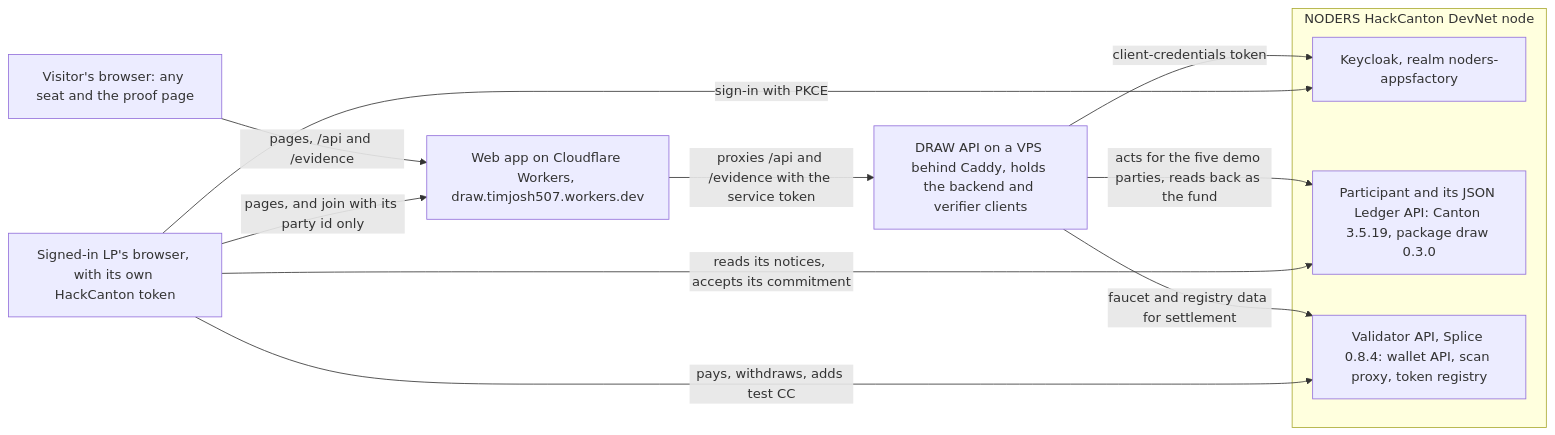
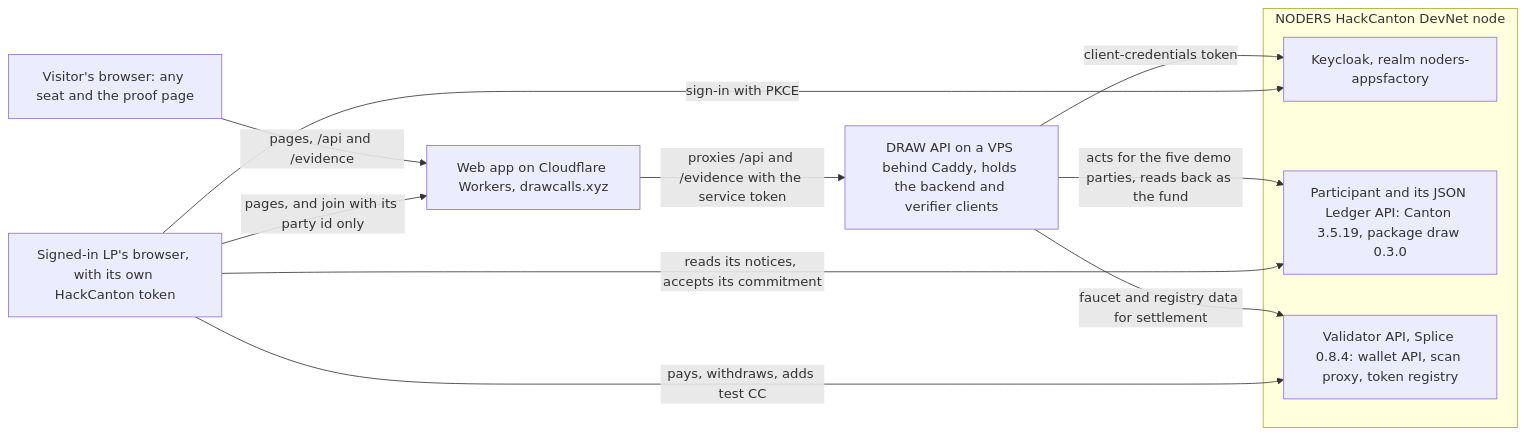
The diagram in docs/ARCHITECTURE.md (winsznx/draw), drawn with Mermaid before and after one commit. The commit also changed other lines of this file and 47 other files, not shown here.

First line of the commit message:
drawcalls.xyz is the site's address, with the workers.dev address kept for older evidence

````diff
--- a/docs/ARCHITECTURE.md
+++ b/docs/ARCHITECTURE.md
@@ -11,21 +11,21 @@
 ```mermaid
 flowchart LR
   visitor["Visitor's browser: any seat and the proof page"]
   lp["Signed-in LP's browser, with its own HackCanton token"]
-  web["Web app on Cloudflare Workers, draw.timjosh507.workers.dev"]
+  web["Web app on Cloudflare Workers, drawcalls.xyz"]
   api["DRAW API on a VPS behind Caddy, holds the backend and verifier clients"]
   subgraph noders["NODERS HackCanton DevNet node"]
     keycloak["Keycloak, realm noders-appsfactory"]
     ledger["Participant and its JSON Ledger API: Canton 3.5.19, package draw 0.3.0"]
     validator["Validator API, Splice 0.8.4: wallet API, scan proxy, token registry"]
   end
   visitor -->|"pages, /api and /evidence"| web
   lp -->|"pages, and join with its party id only"| web
   web -->|"proxies /api and /evidence with the service token"| api
   api -->|"client-credentials token"| keycloak
   api -->|"acts for the five demo parties, reads back as the fund"| ledger
   api -->|"faucet and registry data for settlement"| validator
   lp -->|"sign-in with PKCE"| keycloak
   lp -->|"reads its notices, accepts its commitment"| ledger
   lp -->|"pays, withdraws, adds test CC"| validator
 ```
````
